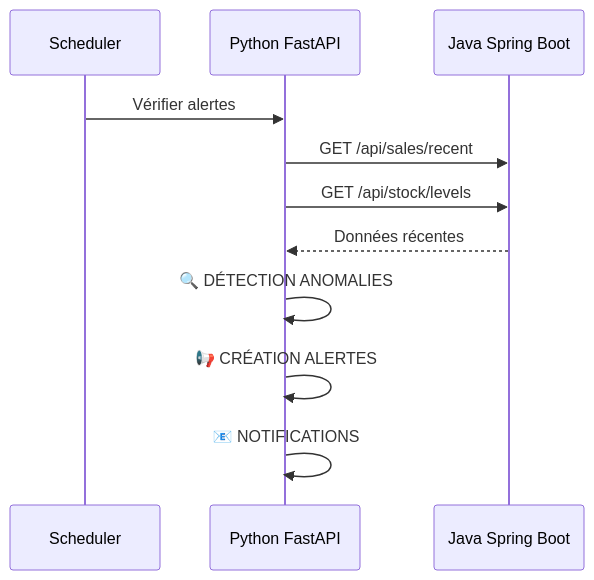
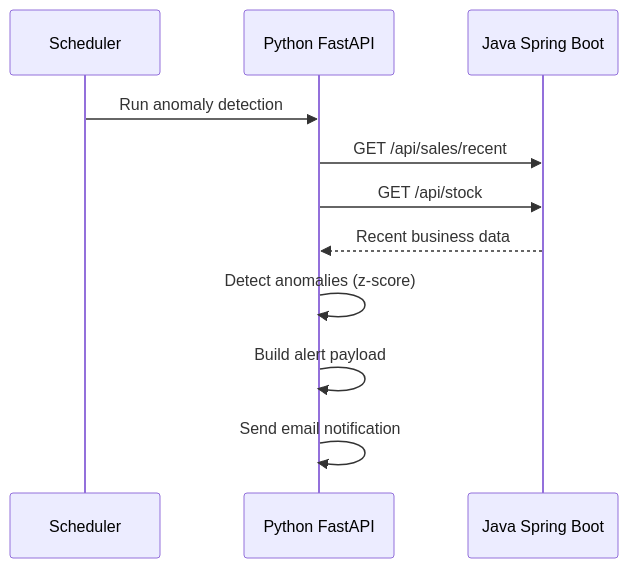
Before and after one commit to rado4002/-SalesFlow-Lite: the sixth of 10 diagrams in backend-python/docs/SOFTWAREE DESIGN.md, drawn with Mermaid. The commit also changed other lines of this file, not shown here.

````diff
--- a/backend-python/docs/SOFTWAREE DESIGN.md
+++ b/backend-python/docs/SOFTWAREE DESIGN.md
@@ -199,14 +207,14 @@
 ```mermaid
 sequenceDiagram
     participant S as Scheduler
     participant P as Python FastAPI
     participant J as Java Spring Boot
-    
-    S->>P: Vérifier alertes
+
+    S->>P: Run anomaly detection
     P->>J: GET /api/sales/recent
-    P->>J: GET /api/stock/levels
-    J-->>P: Données récentes
-    P->>P: 🔍 DÉTECTION ANOMALIES
-    P->>P: 📢 CRÉATION ALERTES
-    P->>P: 📧 NOTIFICATIONS
+    P->>J: GET /api/stock
+    J-->>P: Recent business data
+    P->>P: Detect anomalies (z-score)
+    P->>P: Build alert payload
+    P->>P: Send email notification
 ```
````
